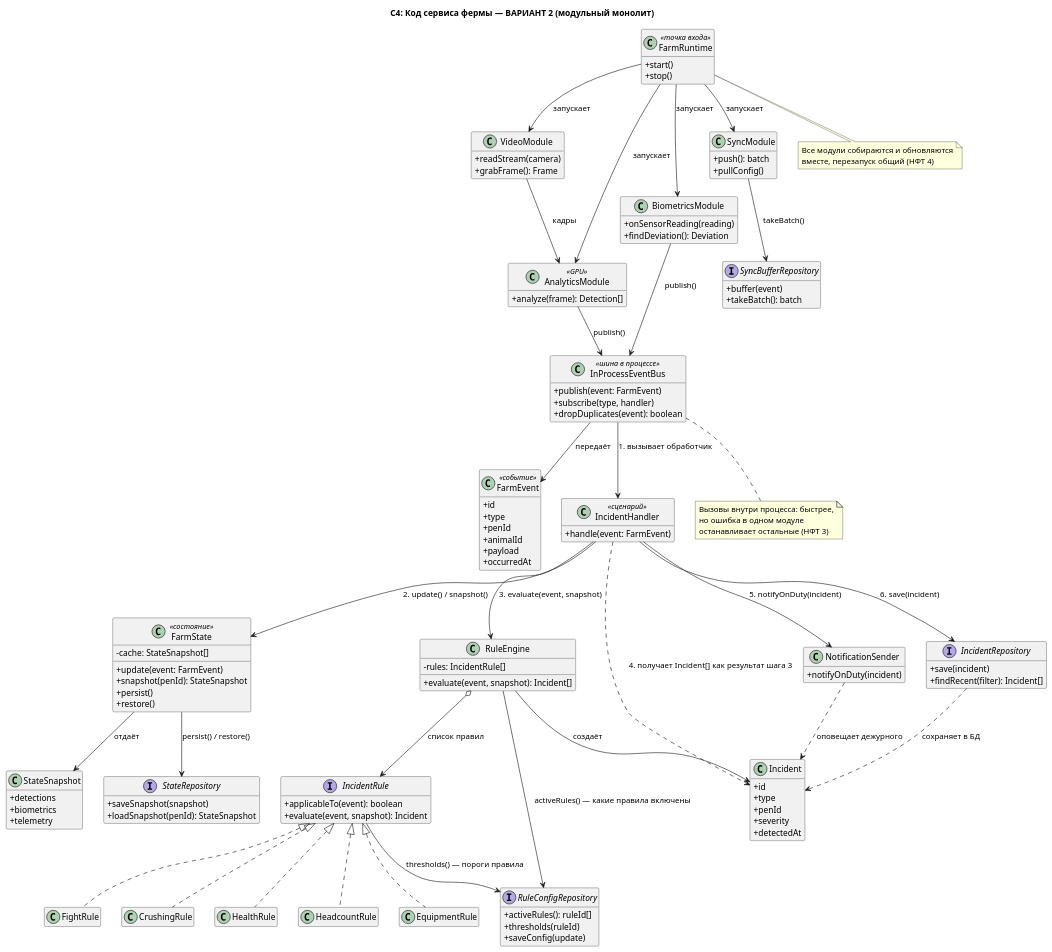
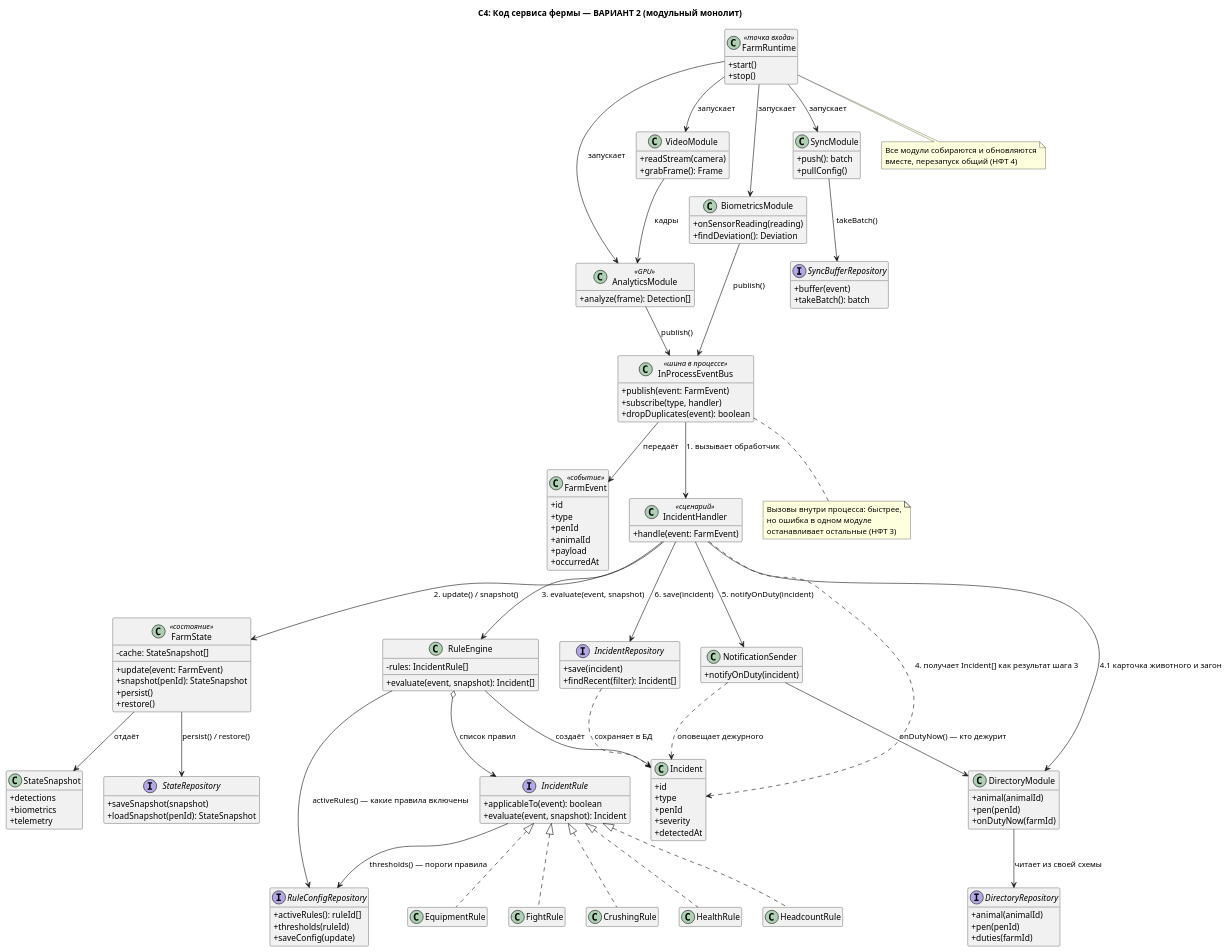
One commit to skorogod/MSA-AgroTech changed the diagram in Task3/c4-alternative.puml. Above: the diagram before and after it, drawn with PlantUML. The commit also changed 18 other files, not shown here.

```diff
--- a/Task3/c4-alternative.puml
+++ b/Task3/c4-alternative.puml
@@ -1,154 +1,169 @@
 @startuml C4_Код_Сервиса_Фермы_Альтернативное_Решение
 
 title C4: Код сервиса фермы — ВАРИАНТ 2 (модульный монолит)
 
 skinparam classAttributeIconSize 0
 hide empty members
 
 class FarmRuntime <<точка входа>> {
   +start()
   +stop()
 }
 
 class InProcessEventBus <<шина в процессе>> {
   +publish(event: FarmEvent)
   +subscribe(type, handler)
   +dropDuplicates(event): boolean
 }
 
 class VideoModule {
   +readStream(camera)
   +grabFrame(): Frame
 }
 
 class AnalyticsModule <<GPU>> {
   +analyze(frame): Detection[]
 }
 
 class BiometricsModule {
   +onSensorReading(reading)
   +findDeviation(): Deviation
 }
 
 class FarmEvent <<событие>> {
   +id
   +type
   +penId
   +animalId
   +payload
   +occurredAt
 }
 
 class IncidentHandler <<сценарий>> {
   +handle(event: FarmEvent)
 }
 
 class FarmState <<состояние>> {
   -cache: StateSnapshot[]
   +update(event: FarmEvent)
   +snapshot(penId): StateSnapshot
   +persist()
   +restore()
 }
 
 class StateSnapshot {
   +detections
   +biometrics
   +telemetry
 }
 
 class RuleEngine {
   -rules: IncidentRule[]
   +evaluate(event, snapshot): Incident[]
 }
 
 interface IncidentRule {
   +applicableTo(event): boolean
   +evaluate(event, snapshot): Incident
 }
 
 class FightRule
 class CrushingRule
 class HealthRule
 class HeadcountRule
 class EquipmentRule
 
 class Incident {
   +id
   +type
   +penId
   +severity
   +detectedAt
 }
 
 class NotificationSender {
   +notifyOnDuty(incident)
 }
 
+class DirectoryModule {
+  +animal(animalId)
+  +pen(penId)
+  +onDutyNow(farmId)
+}
+
 interface IncidentRepository {
   +save(incident)
   +findRecent(filter): Incident[]
 }
 
 interface StateRepository {
   +saveSnapshot(snapshot)
   +loadSnapshot(penId): StateSnapshot
 }
 
 interface RuleConfigRepository {
   +activeRules(): ruleId[]
   +thresholds(ruleId)
   +saveConfig(update)
 }
 
 interface SyncBufferRepository {
   +buffer(event)
   +takeBatch(): batch
+}
+
+interface DirectoryRepository {
+  +animal(animalId)
+  +pen(penId)
+  +duties(farmId)
 }
 
 class SyncModule {
   +push(): batch
   +pullConfig()
 }
 
 FarmRuntime --> VideoModule : запускает
 FarmRuntime --> AnalyticsModule : запускает
 FarmRuntime --> BiometricsModule : запускает
 FarmRuntime --> SyncModule : запускает
 VideoModule --> AnalyticsModule : кадры
 AnalyticsModule --> InProcessEventBus : publish()
 BiometricsModule --> InProcessEventBus : publish()
 InProcessEventBus --> FarmEvent : передаёт
 InProcessEventBus --> IncidentHandler : 1. вызывает обработчик
 IncidentHandler --> FarmState : 2. update() / snapshot()
 FarmState --> StateSnapshot : отдаёт
 IncidentHandler --> RuleEngine : 3. evaluate(event, snapshot)
 RuleEngine o--> IncidentRule : список правил
 IncidentRule <|.. FightRule
 IncidentRule <|.. CrushingRule
 IncidentRule <|.. HealthRule
 IncidentRule <|.. HeadcountRule
 IncidentRule <|.. EquipmentRule
 RuleEngine --> Incident : создаёт
 IncidentHandler ..> Incident : 4. получает Incident[] как результат шага 3
+IncidentHandler --> DirectoryModule : 4.1 карточка животного и загон
 IncidentHandler --> NotificationSender : 5. notifyOnDuty(incident)
+NotificationSender --> DirectoryModule : onDutyNow() — кто дежурит
+DirectoryModule --> DirectoryRepository : читает из своей схемы
 IncidentHandler --> IncidentRepository : 6. save(incident)
 NotificationSender ..> Incident : оповещает дежурного
 IncidentRepository ..> Incident : сохраняет в БД
 SyncModule --> SyncBufferRepository : takeBatch()
 FarmState --> StateRepository : persist() / restore()
 RuleEngine --> RuleConfigRepository : activeRules() — какие правила включены
 IncidentRule --> RuleConfigRepository : thresholds() — пороги правила
 
 note bottom of InProcessEventBus
   Вызовы внутри процесса: быстрее,
   но ошибка в одном модуле
   останавливает остальные (НФТ 3)
 end note
 
 note bottom of FarmRuntime
   Все модули собираются и обновляются
   вместе, перезапуск общий (НФТ 4)
 end note
 
 @enduml
```
